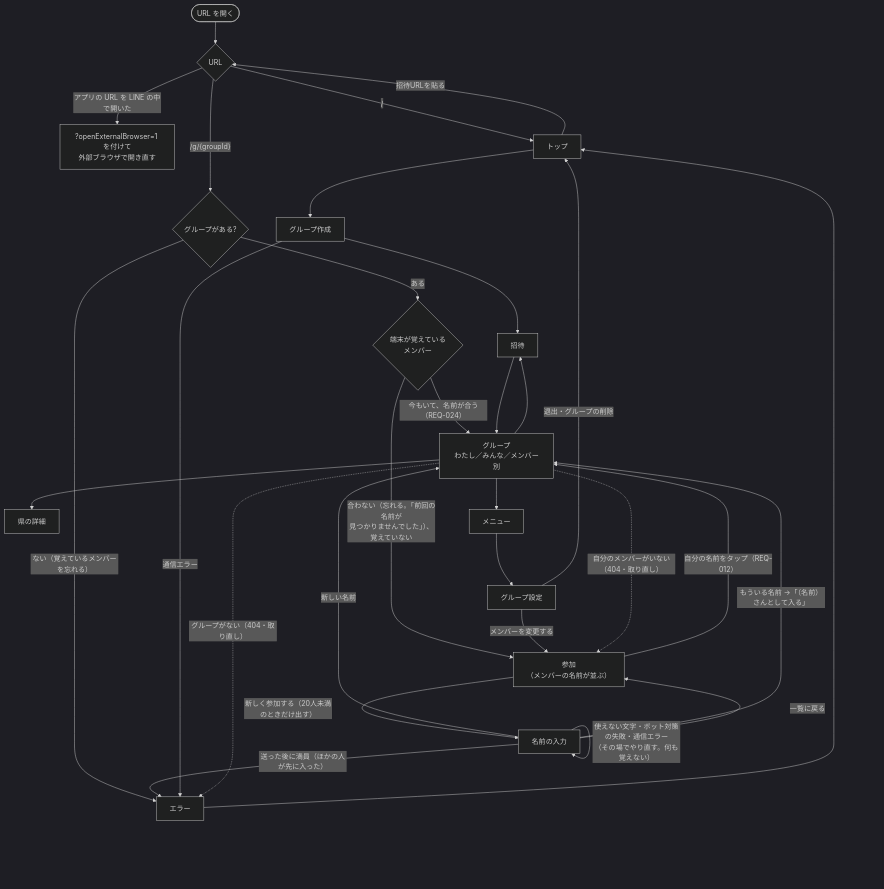
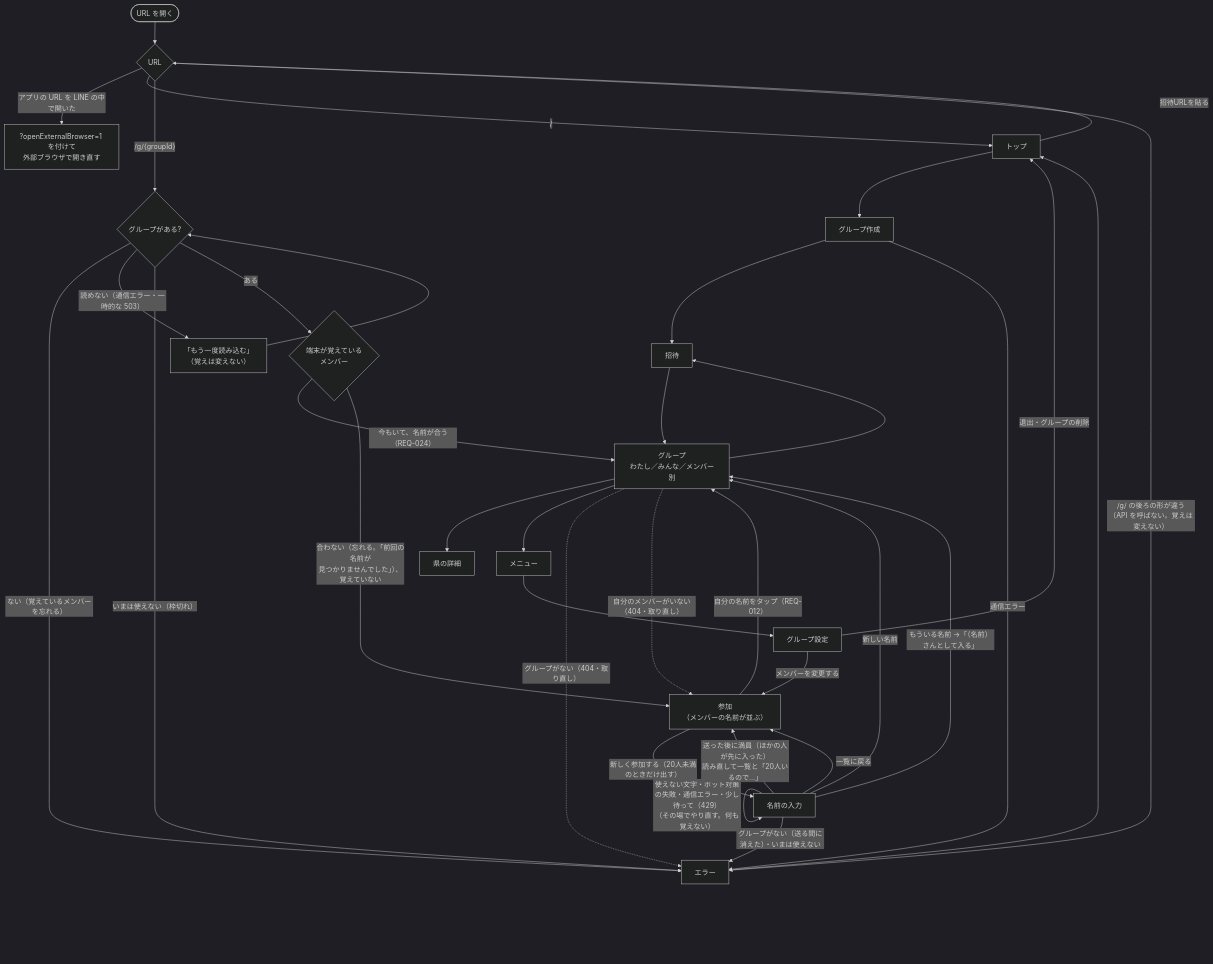
One commit to yuppy52/tabikaigi-map changed the diagram in docs/design/screens.md. Above: the diagram before and after it, drawn with Mermaid (dark theme). The commit also changed other lines of this file and 11 other files, not shown here.

````diff
--- a/docs/design/screens.md
+++ b/docs/design/screens.md
@@ -29,35 +29,39 @@
 ```mermaid
 flowchart TD
   Start(["URL を開く"]) --> Route{"URL"}
   Route -- "アプリの URL を LINE の中で開いた" --> Reopen["?openExternalBrowser=1 を付けて<br/>外部ブラウザで開き直す"]
   Route -- "/" --> Top["トップ"]
   Route -- "/g/{groupId}" --> Exists{"グループがある?"}
+  Route -- "/g/ の後ろの形が違う<br/>（API を呼ばない。覚えは変えない）" --> Err
   Exists -- "ない（覚えているメンバーを忘れる）" --> Err["エラー"]
+  Exists -- "読めない（通信エラー・一時的な 503）" --> Retry["「もう一度読み込む」<br/>（覚えは変えない）"] --> Exists
+  Exists -- "いまは使えない（枠切れ）" --> Err
   Exists -- "ある" --> Remember{"端末が覚えている<br/>メンバー"}
   Remember -- "今もいて、名前が合う（REQ-024）" --> Group
   Remember -- "合わない（忘れる。「前回の名前が<br/>見つかりませんでした」）、覚えていない" --> Join
 
   Join["参加<br/>（メンバーの名前が並ぶ）"] -- "自分の名前をタップ（REQ-012）" --> Group
   Join -- "新しく参加する（20人未満のときだけ出す）" --> NewName["名前の入力"]
   NewName -- "新しい名前" --> Group
   NewName -- "もういる名前 →「（名前）さんとして入る」" --> Group
-  NewName -- "使えない文字・ボット対策の失敗・通信エラー<br/>（その場でやり直す。何も覚えない）" --> NewName
-  NewName -- "送った後に満員（ほかの人が先に入った）" --> Err
+  NewName -- "使えない文字・ボット対策の失敗・通信エラー・少し待って（429）<br/>（その場でやり直す。何も覚えない）" --> NewName
+  NewName -- "送った後に満員（ほかの人が先に入った）<br/>読み直して一覧と「20人いるので…」" --> Join
+  NewName -- "グループがない（送る間に消えた）・いまは使えない" --> Err
   NewName -- "一覧に戻る" --> Join
 
   Top --> Create["グループ作成"] --> Invite["招待"] --> Group
   Create -- "通信エラー" --> Err
   Top -- "招待URLを貼る" --> Route
 
   Group["グループ<br/>わたし／みんな／メンバー別"] --> Pref["県の詳細"]
   Group --> Invite
   Group --> Menu["メニュー"]
   Menu --> Settings["グループ設定"]
 
   Settings -- "退出・グループの削除" --> Top
   Settings -- "メンバーを変更する" --> Join
 
   Group -. "グループがない（404・取り直し）" .-> Err
   Group -. "自分のメンバーがいない（404・取り直し）" .-> Join
   Err --> Top
 ```
````
